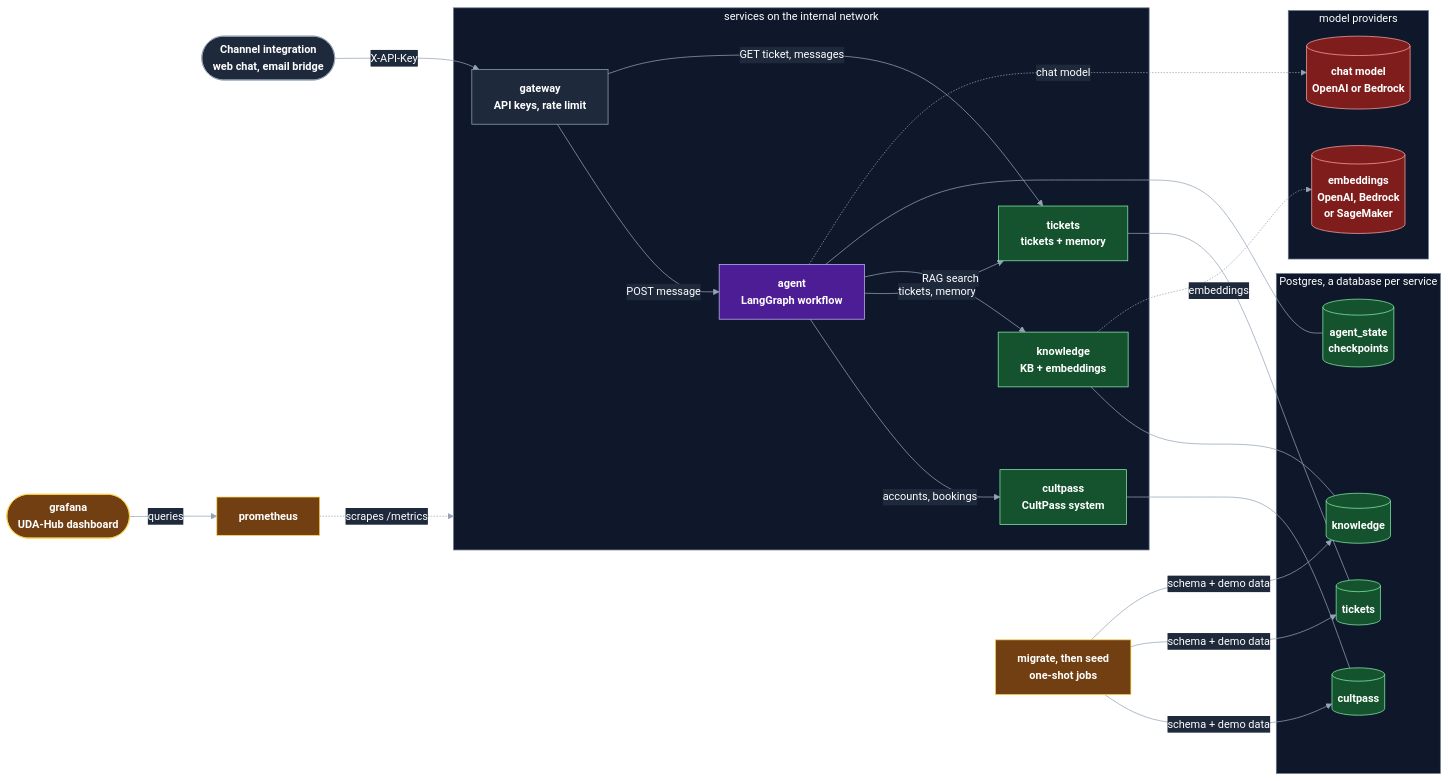
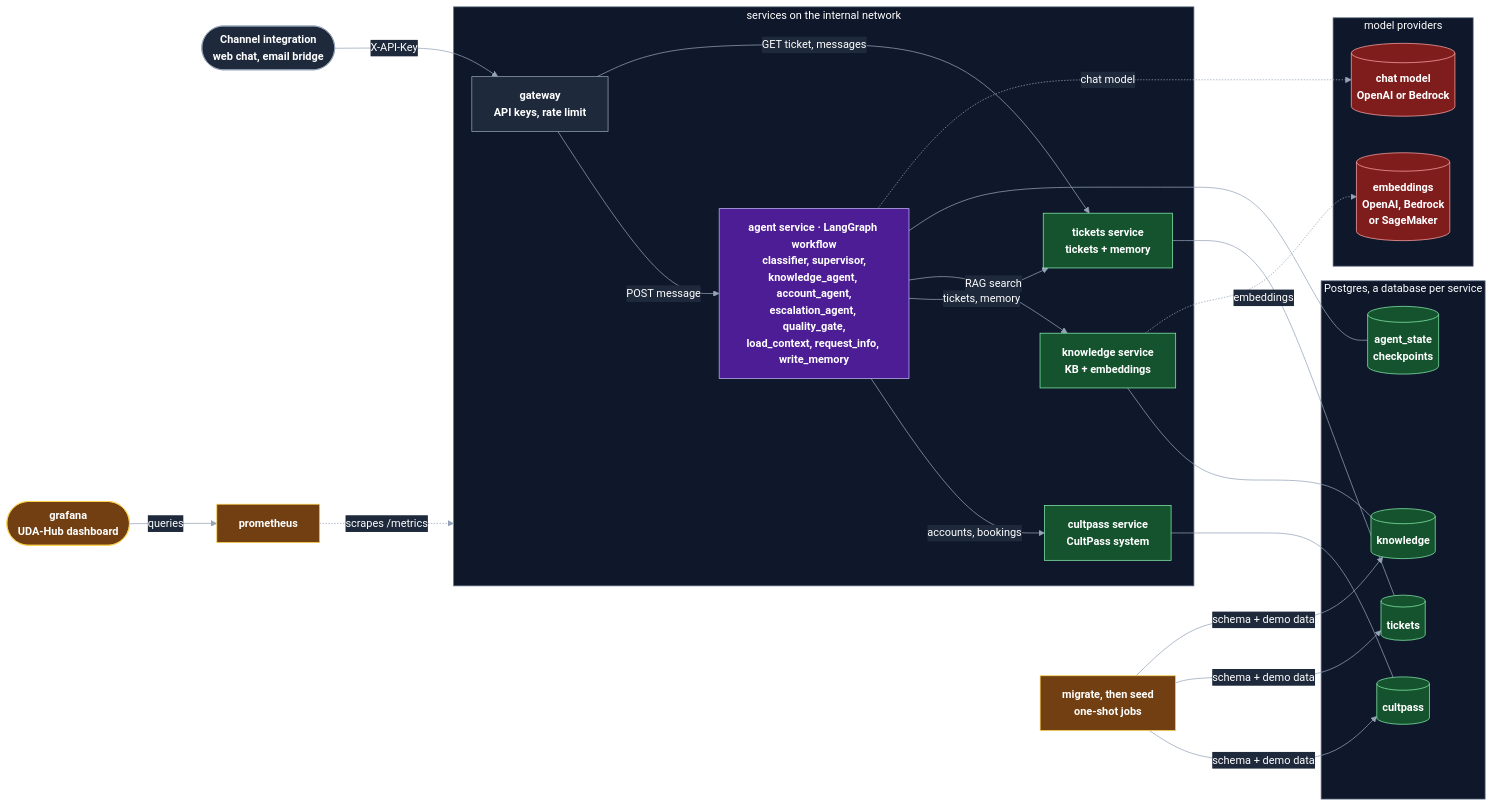
The diagram in service/README.md (manish5593/uda-hub-multi-agent-bedrock), drawn with Mermaid before and after one commit. The commit also changed other lines of this file and 3 other files, not shown here.

First line of the commit message:
Use the agents' code names in the deployment diagram and READMEs

````diff
--- a/service/README.md
+++ b/service/README.md
@@ -24,50 +24,50 @@
 ```mermaid
 %%{init: {"theme": "base", "themeVariables": {"fontSize": "15px", "background": "#0f172a", "lineColor": "#94a3b8", "textColor": "#ffffff", "primaryTextColor": "#ffffff", "edgeLabelBackground": "#1e293b", "tertiaryTextColor": "#ffffff"}}}%%
 graph LR
     C([Channel integration<br/>web chat, email bridge]) -->|X-API-Key| GW
     subgraph SVC [services on the internal network]
         GW[gateway<br/>API keys, rate limit]
-        AG[agent<br/>LangGraph workflow]
-        CP[cultpass<br/>CultPass system]
-        TS[tickets<br/>tickets + memory]
-        KS[knowledge<br/>KB + embeddings]
+        AG[agent service · LangGraph workflow<br/>classifier, supervisor,<br/>knowledge_agent, account_agent,<br/>escalation_agent, quality_gate,<br/>load_context, request_info, write_memory]
+        CP[cultpass service<br/>CultPass system]
+        TS[tickets service<br/>tickets + memory]
+        KS[knowledge service<br/>KB + embeddings]
     end
     GW -->|POST message| AG
     GW -->|GET ticket, messages| TS
     AG -->|accounts, bookings| CP
     AG -->|tickets, memory| TS
     AG -->|RAG search| KS
     subgraph PG [Postgres, a database per service]
         D1[(cultpass)]
         D2[(tickets)]
         D3[(knowledge)]
         D4[(agent_state<br/>checkpoints)]
     end
     subgraph MODELS [model providers]
         LLM[(chat model<br/>OpenAI or Bedrock)]
         EMB[(embeddings<br/>OpenAI, Bedrock<br/>or SageMaker)]
     end
     CP --- D1
     TS --- D2
     KS --- D3
     AG --- D4
     AG -.->|chat model| LLM
     KS -.->|embeddings| EMB
     JOBS[migrate, then seed<br/>one-shot jobs] -->|schema + demo data| D1 & D2 & D3
     PR[prometheus] -.->|scrapes /metrics| SVC
     GF([grafana<br/>UDA-Hub dashboard]) -->|queries| PR
 
     classDef edge fill:#1e293b,stroke:#94a3b8,color:#ffffff,font-weight:bold
     classDef agent fill:#4c1d95,stroke:#c4b5fd,color:#ffffff,font-weight:bold
     classDef data fill:#14532d,stroke:#86efac,color:#ffffff,font-weight:bold
     classDef ext fill:#7f1d1d,stroke:#fca5a5,color:#ffffff,font-weight:bold
     classDef ops fill:#713f12,stroke:#fcd34d,color:#ffffff,font-weight:bold
     class C,GW edge
     class AG agent
     class CP,TS,KS,D1,D2,D3,D4 data
     class LLM,EMB ext
     class JOBS,PR,GF ops
     style SVC fill:#0f172a,stroke:#64748b,color:#ffffff
     style PG fill:#0f172a,stroke:#64748b,color:#ffffff
     style MODELS fill:#0f172a,stroke:#64748b,color:#ffffff
 ```
````
